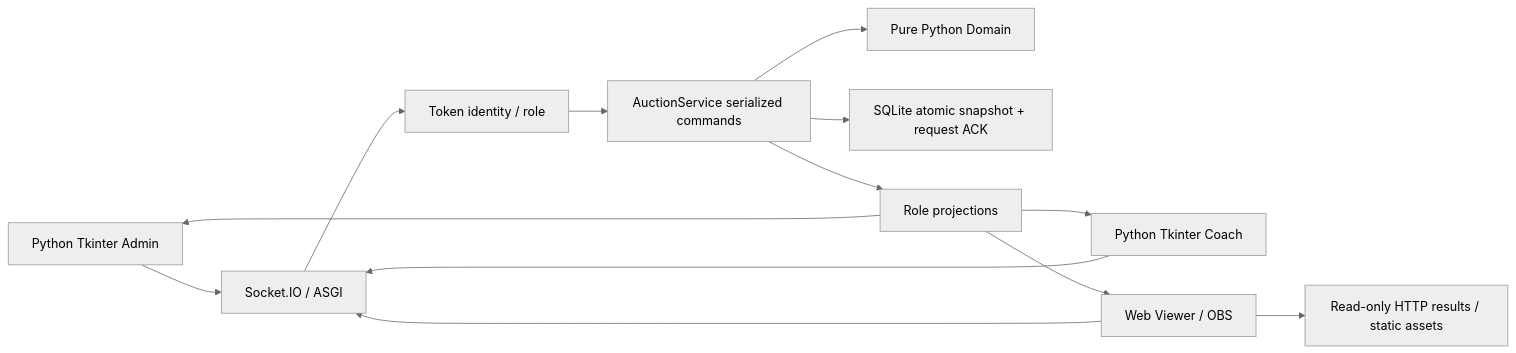
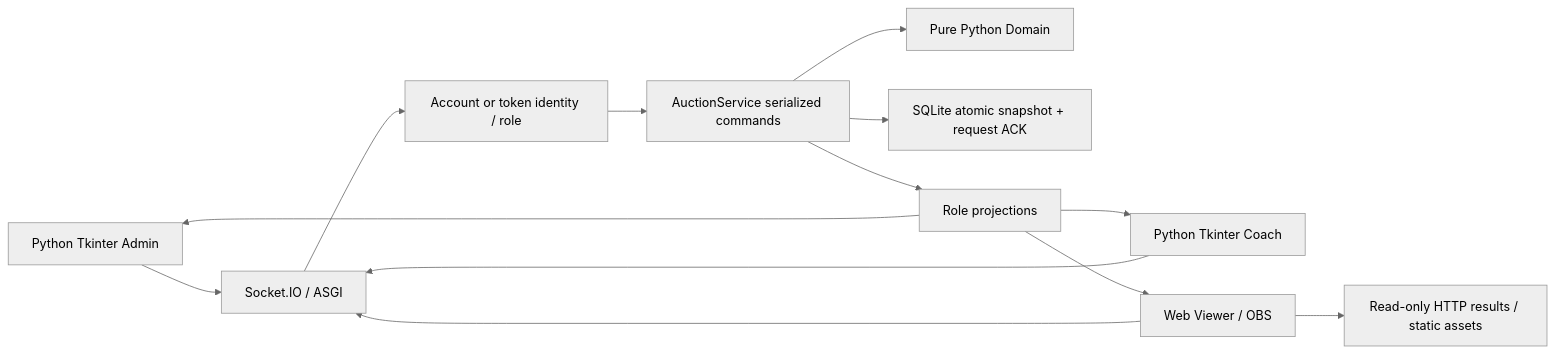
Before and after one commit to ian9494/coach-auction-system: the diagram in docs/FINAL_PROJECT_ARCHITECTURE.md, drawn with Mermaid (neutral theme). The commit also changed other lines of this file and 20 other files, not shown here.

````diff
--- a/docs/FINAL_PROJECT_ARCHITECTURE.md
+++ b/docs/FINAL_PROJECT_ARCHITECTURE.md
@@ -3,15 +3,15 @@
 ```mermaid
 flowchart LR
   A[Python Tkinter Admin] --> T[Socket.IO / ASGI]
   C[Python Tkinter Coach] --> T
   V[Web Viewer / OBS] --> T
-  T --> Auth[Token identity / role]
+  T --> Auth[Account or token identity / role]
   Auth --> S[AuctionService serialized commands]
   S --> D[Pure Python Domain]
   S --> DB[SQLite atomic snapshot + request ACK]
   S --> P[Role projections]
   P --> A
   P --> C
   P --> V
   V --> H[Read-only HTTP results / static assets]
 ```
````
